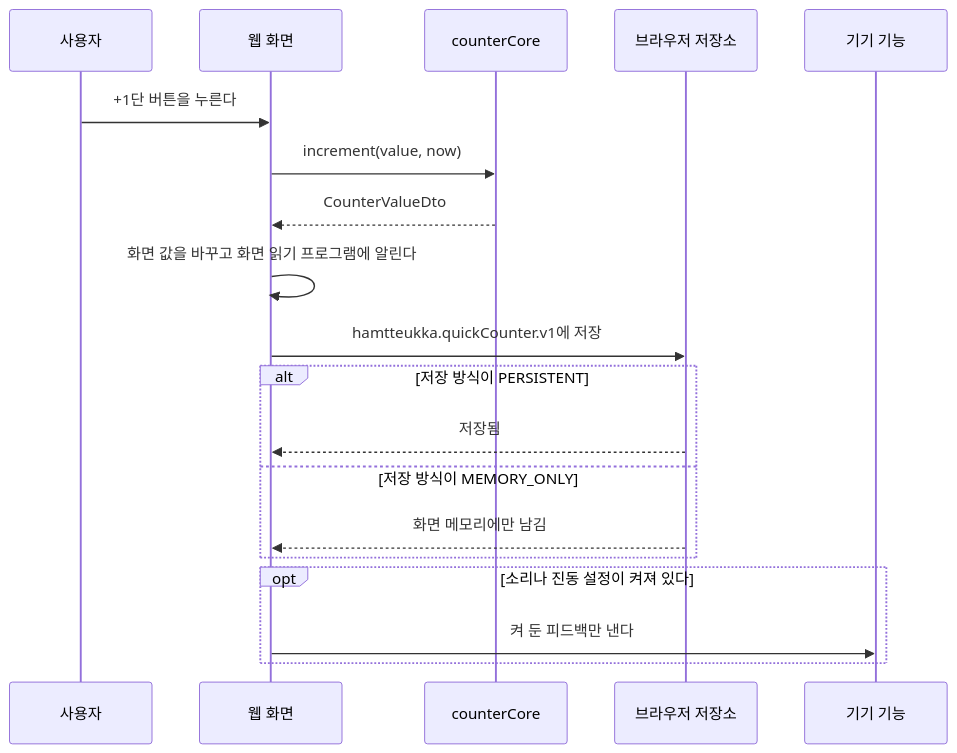
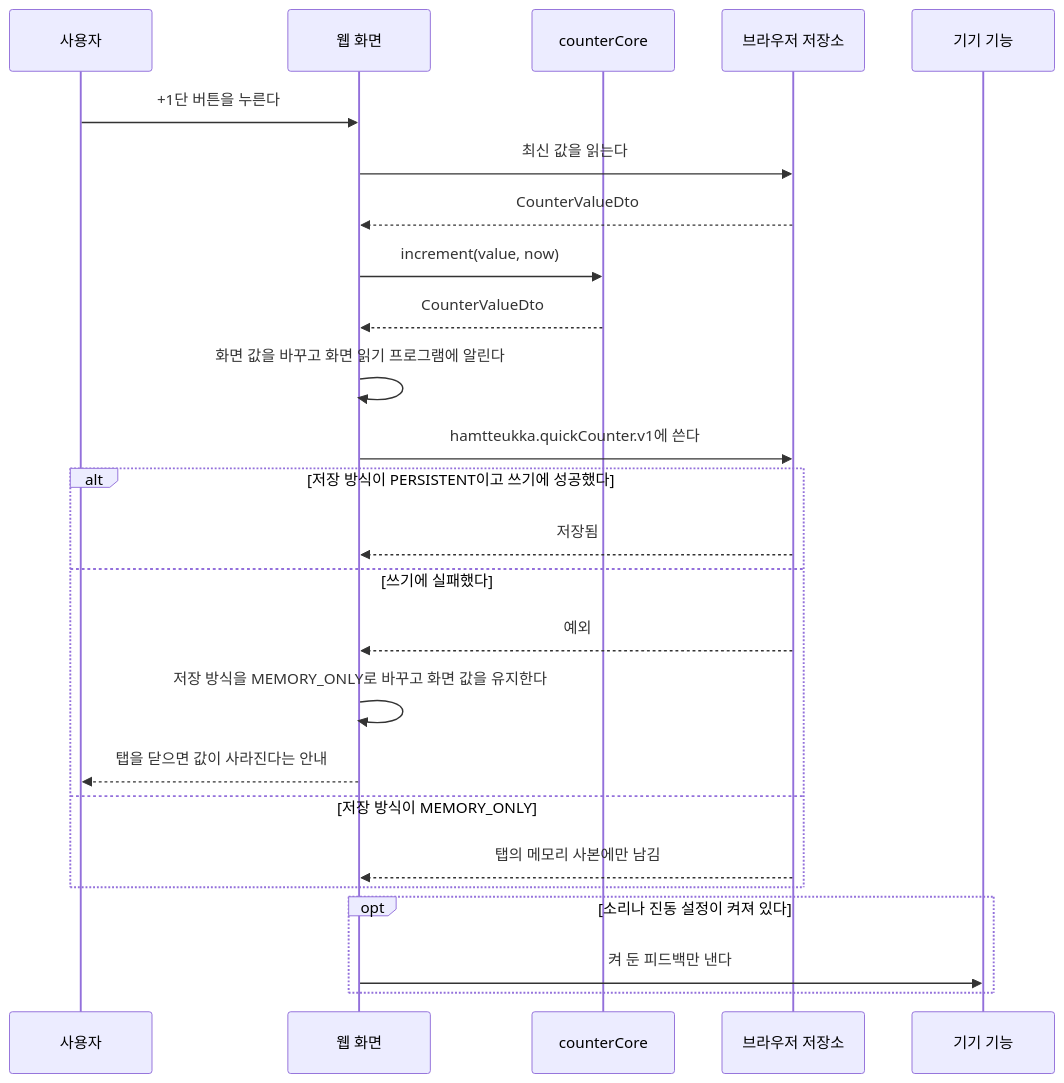
Before and after one commit to god3v/hamtteukka: the first of 6 diagrams in docs/specs/003-row-counter/design/sequence.md, drawn with Mermaid. The commit also changed other lines of this file and 3 other files, not shown here.

````diff
--- a/docs/specs/003-row-counter/design/sequence.md
+++ b/docs/specs/003-row-counter/design/sequence.md
@@ -27,21 +27,27 @@
 ```mermaid
 sequenceDiagram
   participant User as 사용자
   participant Web as 웹 화면
   participant Core as counterCore
   participant Store as 브라우저 저장소
   participant Device as 기기 기능
   User->>Web: +1단 버튼을 누른다
+  Web->>Store: 최신 값을 읽는다
+  Store-->>Web: CounterValueDto
   Web->>Core: increment(value, now)
   Core-->>Web: CounterValueDto
   Web->>Web: 화면 값을 바꾸고 화면 읽기 프로그램에 알린다
-  Web->>Store: hamtteukka.quickCounter.v1에 저장
-  alt 저장 방식이 PERSISTENT
+  Web->>Store: hamtteukka.quickCounter.v1에 쓴다
+  alt 저장 방식이 PERSISTENT이고 쓰기에 성공했다
     Store-->>Web: 저장됨
+  else 쓰기에 실패했다
+    Store-->>Web: 예외
+    Web->>Web: 저장 방식을 MEMORY_ONLY로 바꾸고 화면 값을 유지한다
+    Web-->>User: 탭을 닫으면 값이 사라진다는 안내
   else 저장 방식이 MEMORY_ONLY
-    Store-->>Web: 화면 메모리에만 남김
+    Store-->>Web: 탭의 메모리 사본에만 남김
   end
   opt 소리나 진동 설정이 켜져 있다
     Web->>Device: 켜 둔 피드백만 낸다
   end
 ```
````
